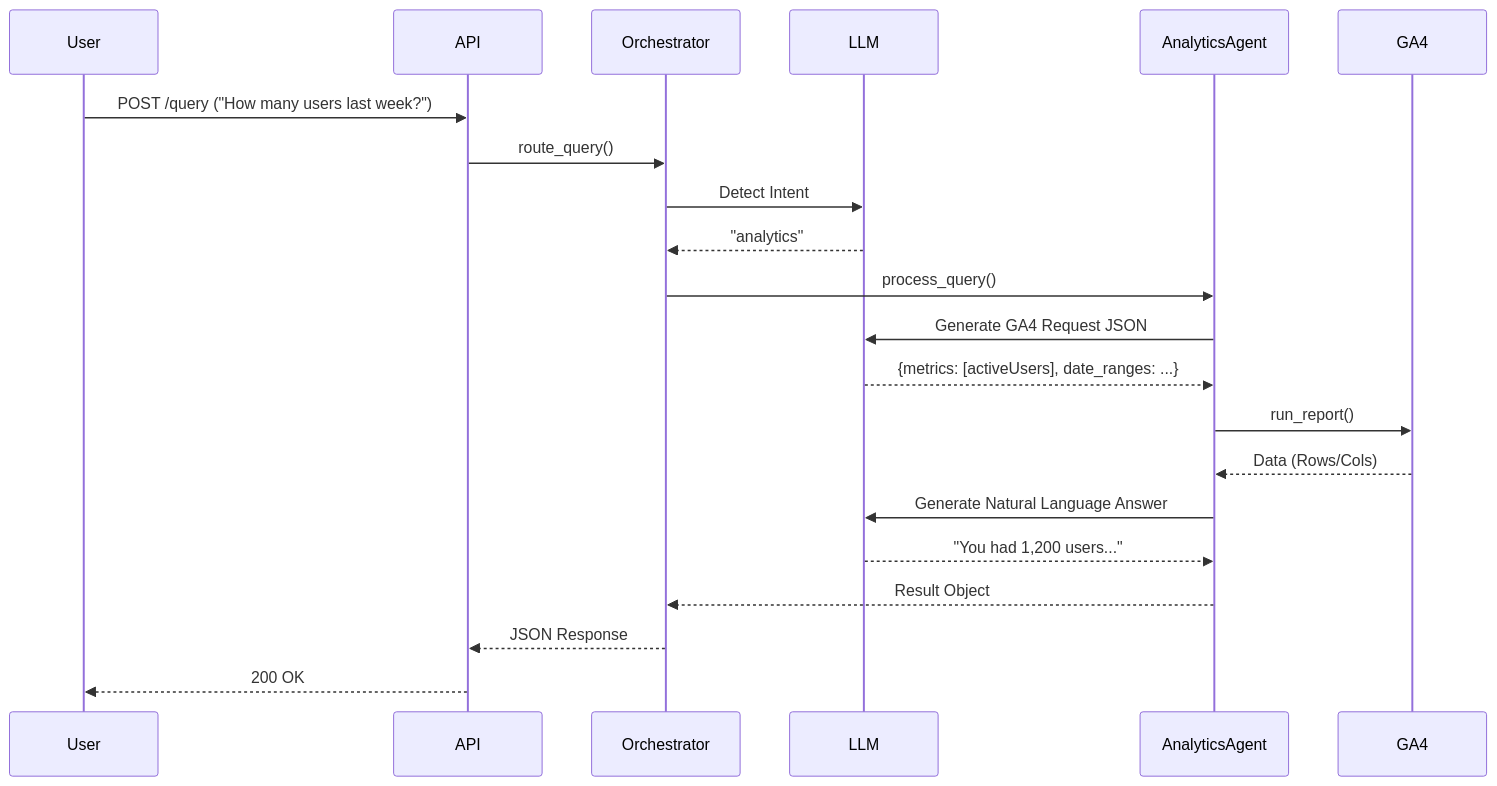
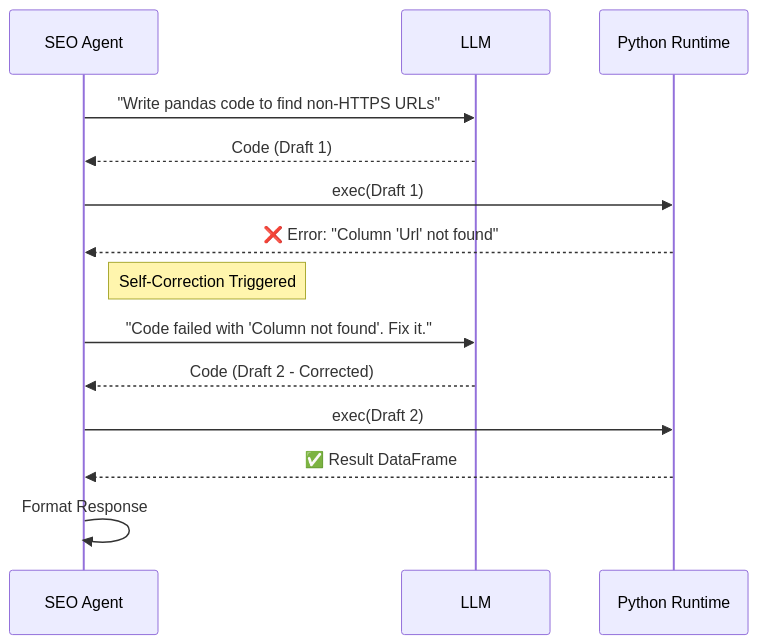
One commit to kurlepurajesh/spike-ai-analytics-seo-agent changed the second of 2 diagrams in TECHNICAL_DOCUMENTATION.md. Above: the diagram before and after it, drawn with Mermaid. The commit also changed other lines of this file, not shown here.

````diff
--- a/TECHNICAL_DOCUMENTATION.md
+++ b/TECHNICAL_DOCUMENTATION.md
@@ -60,24 +76,22 @@
 ```mermaid
 sequenceDiagram
-    participant User
-    participant API
-    participant Orch as Orchestrator
+    participant Agent as SEO Agent
     participant LLM
-    participant Agent as AnalyticsAgent
-    participant GA4
+    participant Runtime as Python Runtime
 
-    User->>API: POST /query ("How many users last week?")
-    API->>Orch: route_query()
-    Orch->>LLM: Detect Intent
-    LLM-->>Orch: "analytics"
-    Orch->>Agent: process_query()
-    Agent->>LLM: Generate GA4 Request JSON
-    LLM-->>Agent: {metrics: [activeUsers], date_ranges: ...}
-    Agent->>GA4: run_report()
-    GA4-->>Agent: Data (Rows/Cols)
-    Agent->>LLM: Generate Natural Language Answer
-    LLM-->>Agent: "You had 1,200 users..."
-    Agent-->>Orch: Result Object
-    Orch-->>API: JSON Response
-    API-->>User: 200 OK
+    Agent->>LLM: "Write pandas code to find non-HTTPS URLs"
+    LLM-->>Agent: Code (Draft 1)
+    
+    Agent->>Runtime: exec(Draft 1)
+    Runtime-->>Agent: ❌ Error: "Column 'Url' not found"
+    
+    Note right of Agent: Self-Correction Triggered
+    
+    Agent->>LLM: "Code failed with 'Column not found'. Fix it."
+    LLM-->>Agent: Code (Draft 2 - Corrected)
+    
+    Agent->>Runtime: exec(Draft 2)
+    Runtime-->>Agent: ✅ Result DataFrame
+    
+    Agent->>Agent: Format Response
 ```
````
